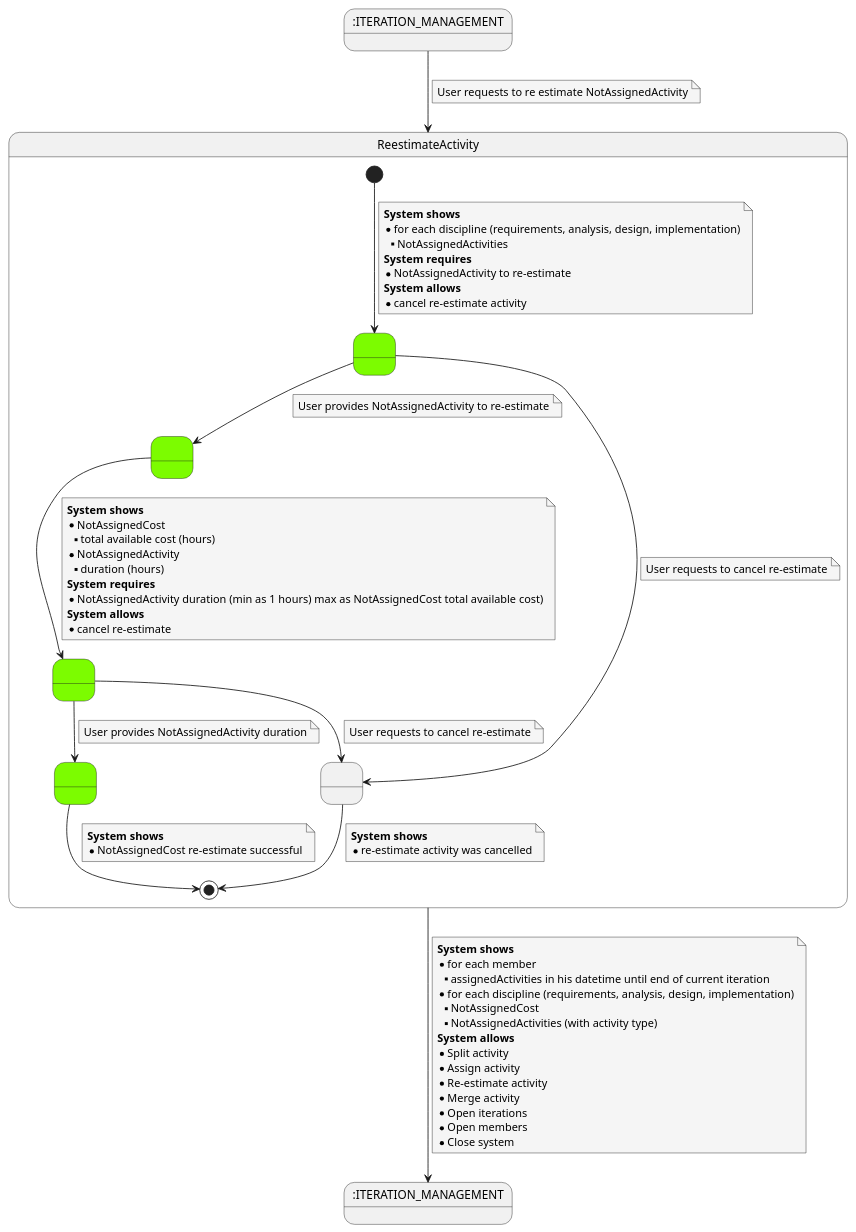
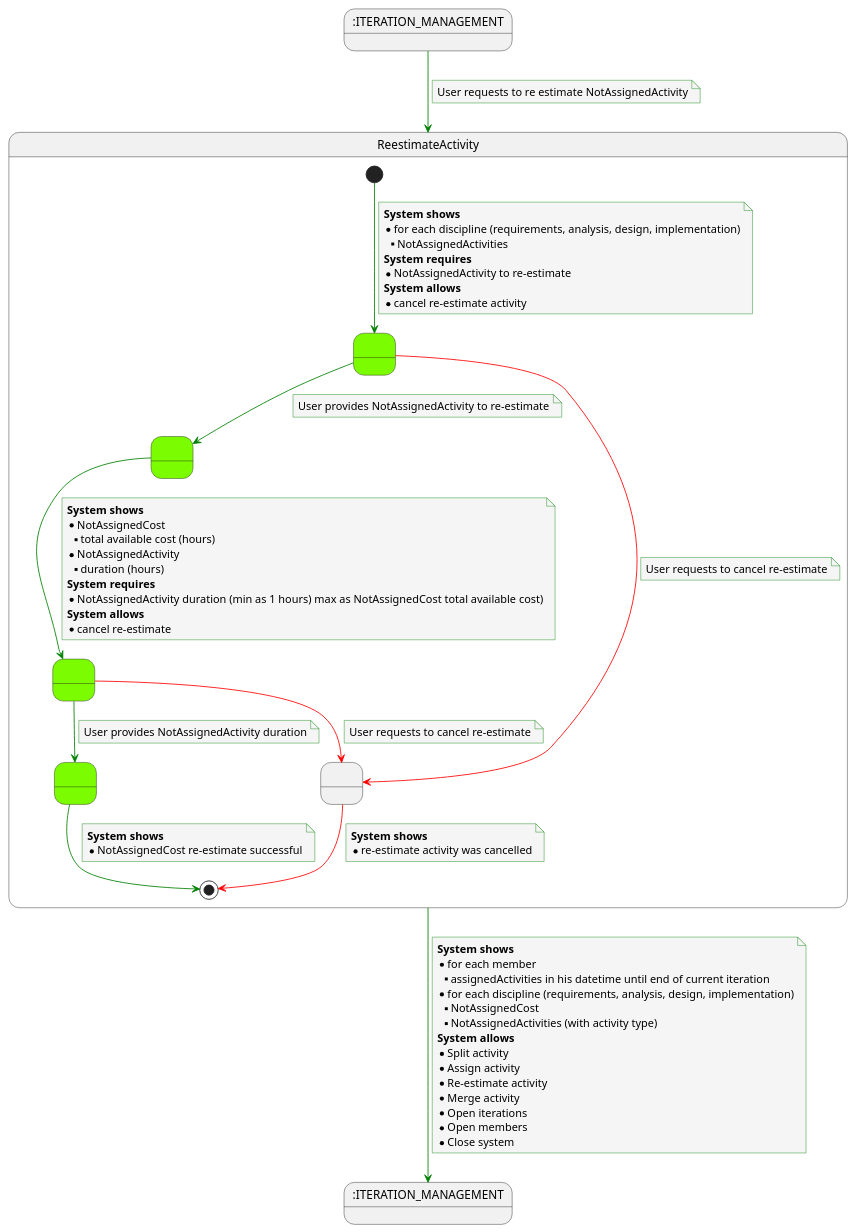
The diagram in documentation/usecasesview/specifications/disciplines/RestimateActitivy.puml (rup-projects/rup-projects), drawn with PlantUML before and after one commit. The commit also changed 18 other files, not shown here.

Commit message:
Especificacion de caso de uso : añado skinParams, para remarcar el successfull flow, en vez de pintar los nodos en verde pintamos las flechas en verde,de modo que si es un camino de canceler o fallo de validacion la flecha se muestra en rojo. Queda mas claro de un vistazo cual es el camino principal

```diff
--- a/documentation/usecasesview/specifications/disciplines/RestimateActitivy.puml
+++ b/documentation/usecasesview/specifications/disciplines/RestimateActitivy.puml
@@ -1,100 +1,102 @@
 @startuml
 
-skinparam {
-    NoteBackgroundColor #whiteSmoke
-}
+    skinparam {
+        NoteBackgroundColor #whiteSmoke
+        ArrowColor #green
+        NoteBorderColor #green
+    }
 
     state 5 as ":ITERATION_MANAGEMENT"
     state 13 as ":ITERATION_MANAGEMENT"
 
 
     5 --> ReestimateActivity
     note on link
         User requests to re estimate NotAssignedActivity
     end note
 
     state ReestimateActivity {
         state 2 as " " #LawnGreen
         state 0 as " " #LawnGreen
         state 4 as " " #LawnGreen
         state 8 as " " #LawnGreen
         state 10 as " "
 
 
     [*] --> 2
     note on link
     <b>System shows</b>
     * for each discipline (requirements, analysis, design, implementation)
     ** NotAssignedActivities
     <b>System requires</b>
     * NotAssignedActivity to re-estimate
     <b>System allows</b>
     * cancel re-estimate activity
     end note
 
-    2 --> 10
+    2 -[#red]-> 10
     note on link
         User requests to cancel re-estimate
     end note
 
     2 --> 4
     note on link
         User provides NotAssignedActivity to re-estimate
     end note
 
     4 --> 0
     note on link
         <b>System shows</b>
         * NotAssignedCost
         ** total available cost (hours)
         * NotAssignedActivity
         ** duration (hours)
         <b>System requires</b>
         * NotAssignedActivity duration (min as 1 hours) max as NotAssignedCost total available cost)
         <b>System allows</b>
         * cancel re-estimate
     end note
 
-    0 --> 10
+    0 -[#red]-> 10
     note on link
         User requests to cancel re-estimate
     end note
 
     0 --> 8
     note on link
         User provides NotAssignedActivity duration
     end note
 
-    10 --> [*]
+    10 -[#red]-> [*]
     note on link
          <b>System shows</b>
          * re-estimate activity was cancelled
     end note
 
     8 --> [*]
     note on link
         <b>System shows</b>
         * NotAssignedCost re-estimate successful
     end note
 
 }
 
 ReestimateActivity --> 13
     note on link
         <b>System shows</b>
         * for each member
         **assignedActivities in his datetime until end of current iteration
         * for each discipline (requirements, analysis, design, implementation)
         ** NotAssignedCost
         ** NotAssignedActivities (with activity type)
         <b>System allows</b>
         * Split activity
         * Assign activity
         * Re-estimate activity
         * Merge activity
         * Open iterations
         * Open members
         * Close system
     end note
 
 @enduml
```
